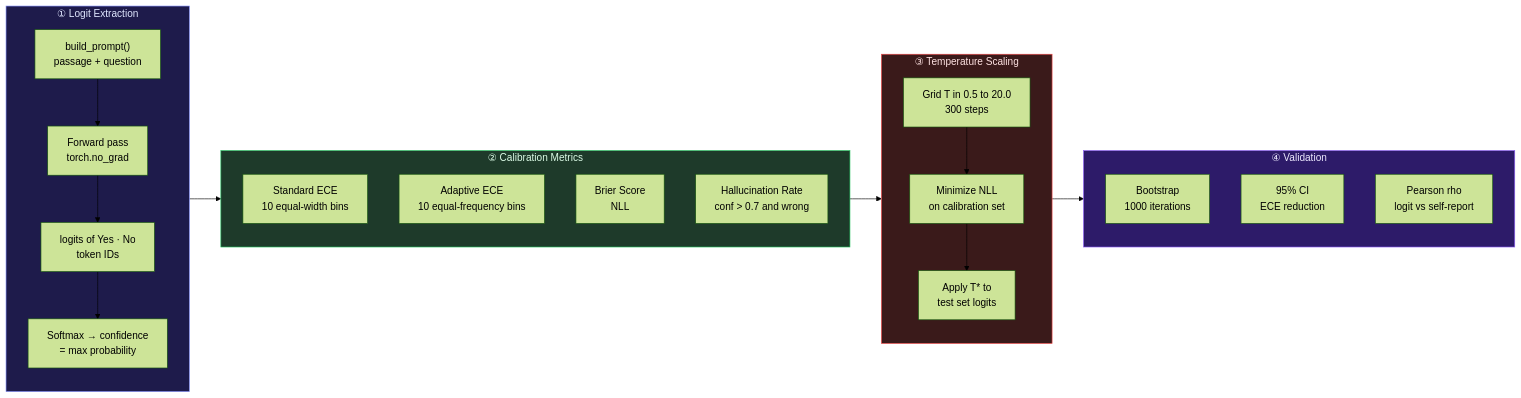
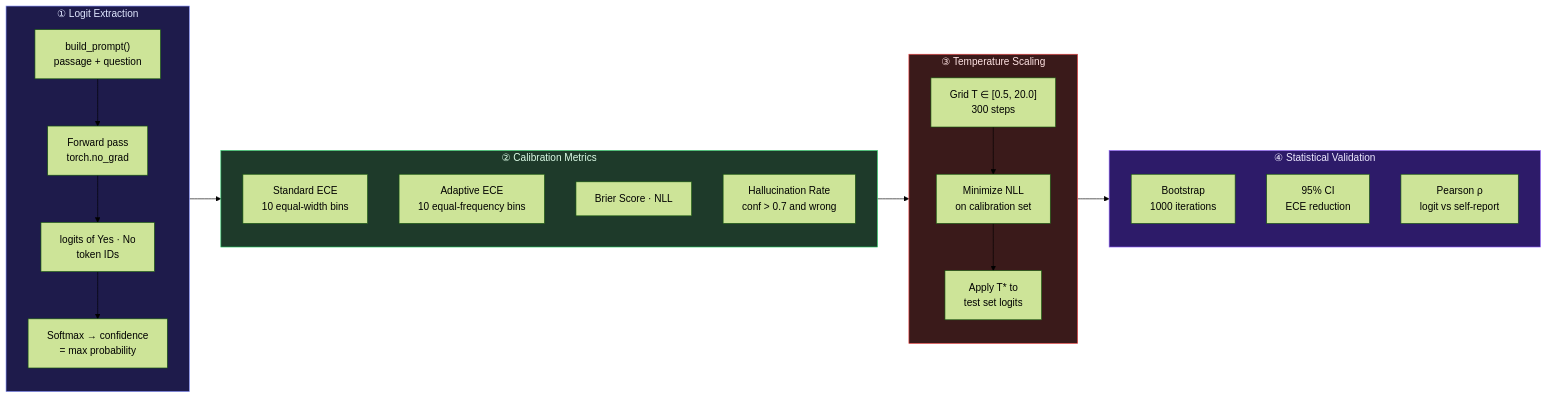
The second of 2 diagrams in README.md (debasmita30/LLM-Confidence-Calibration-Overconfidence-Analysis), drawn with Mermaid (forest theme) before and after one commit. The commit also changed other lines of this file, not shown here.

````diff
--- a/README.md
+++ b/README.md
@@ -138,37 +131,37 @@
 ```mermaid
 graph LR
     subgraph S1["① Logit Extraction"]
         A1["build_prompt()\npassage + question"]
         A2["Forward pass\ntorch.no_grad"]
         A3["logits of Yes · No\ntoken IDs"]
         A4["Softmax → confidence\n= max probability"]
         A1 --> A2 --> A3 --> A4
     end
 
     subgraph S2["② Calibration Metrics"]
         B1["Standard ECE\n10 equal-width bins"]
         B2["Adaptive ECE\n10 equal-frequency bins"]
-        B3["Brier Score\nNLL"]
+        B3["Brier Score · NLL"]
         B4["Hallucination Rate\nconf > 0.7 and wrong"]
     end
 
     subgraph S3["③ Temperature Scaling"]
-        C1["Grid T in 0.5 to 20.0\n300 steps"]
+        C1["Grid T ∈ [0.5, 20.0]\n300 steps"]
         C2["Minimize NLL\non calibration set"]
         C3["Apply T* to\ntest set logits"]
         C1 --> C2 --> C3
     end
 
-    subgraph S4["④ Validation"]
+    subgraph S4["④ Statistical Validation"]
         D1["Bootstrap\n1000 iterations"]
         D2["95% CI\nECE reduction"]
-        D3["Pearson rho\nlogit vs self-report"]
+        D3["Pearson ρ\nlogit vs self-report"]
     end
 
     S1 --> S2 --> S3 --> S4
 
     style S1 fill:#1e1b4b,stroke:#818cf8,color:#e0e7ff
     style S2 fill:#1e3a2a,stroke:#22c55e,color:#dcfce7
     style S3 fill:#3a1a1a,stroke:#ef4444,color:#fee2e2
     style S4 fill:#2d1b69,stroke:#8b5cf6,color:#ede9fe
 ```
````
